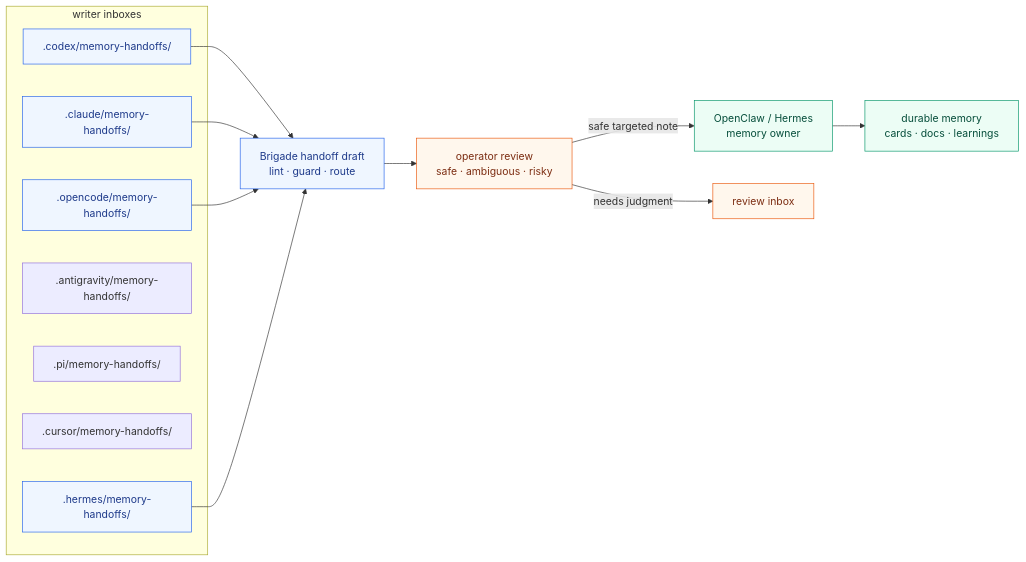
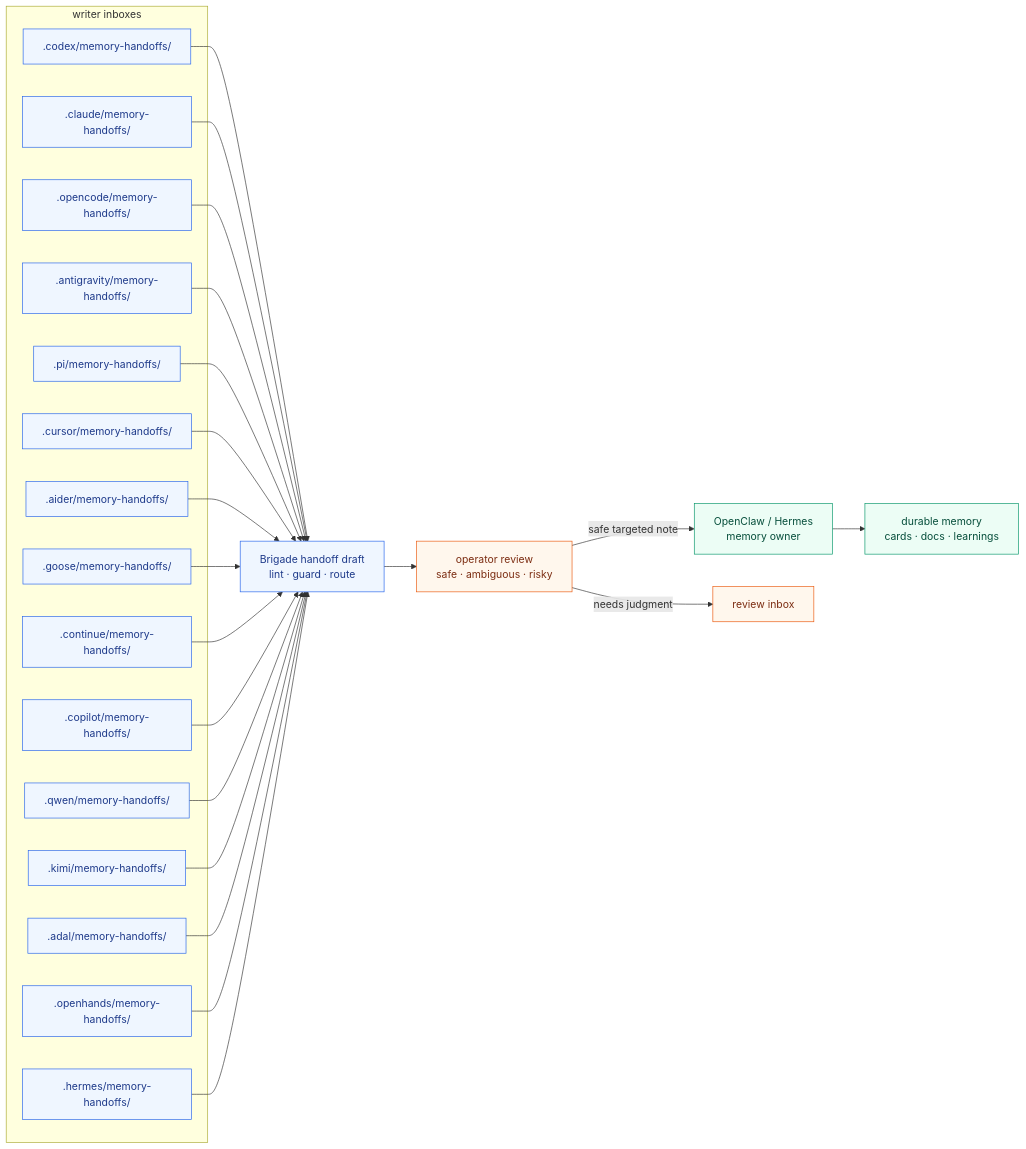
One commit to escoffier-labs/brigade changed the second of 13 diagrams in README.md. Above: the diagram before and after it, drawn with Mermaid. The commit also changed other lines of this file and 45 other files, not shown here.

````diff
--- a/README.md
+++ b/README.md
@@ -223,28 +231,36 @@
 ```mermaid
 flowchart LR
     subgraph WRITERS [" writer inboxes "]
         C[".codex/memory-handoffs/"]
         CL[".claude/memory-handoffs/"]
         O[".opencode/memory-handoffs/"]
         A[".antigravity/memory-handoffs/"]
         P[".pi/memory-handoffs/"]
         CU[".cursor/memory-handoffs/"]
+        AI[".aider/memory-handoffs/"]
+        G[".goose/memory-handoffs/"]
+        CO[".continue/memory-handoffs/"]
+        GH[".copilot/memory-handoffs/"]
+        Q[".qwen/memory-handoffs/"]
+        K[".kimi/memory-handoffs/"]
+        AD[".adal/memory-handoffs/"]
+        OH[".openhands/memory-handoffs/"]
         H[".hermes/memory-handoffs/"]
     end
 
     DRAFT["Brigade handoff draft<br/>lint · guard · route"]
     REVIEW["operator review<br/>safe · ambiguous · risky"]
     OWNER["OpenClaw / Hermes<br/>memory owner"]
     MEM["durable memory<br/>cards · docs · learnings"]
 
-    C & CL & O & H --> DRAFT --> REVIEW
+    C & CL & O & A & P & CU & AI & G & CO & GH & Q & K & AD & OH & H --> DRAFT --> REVIEW
     REVIEW -->|safe targeted note| OWNER --> MEM
     REVIEW -->|needs judgment| INBOX["review inbox"]
 
     classDef local fill:#eff6ff,stroke:#2563eb,color:#1e3a8a;
     classDef review fill:#fff7ed,stroke:#ea580c,color:#7c2d12;
     classDef memory fill:#ecfdf5,stroke:#059669,color:#064e3b;
-    class C,CL,O,H,DRAFT local;
+    class C,CL,O,A,P,CU,AI,G,CO,GH,Q,K,AD,OH,H,DRAFT local;
     class REVIEW,INBOX review;
     class OWNER,MEM memory;
 ```
````
